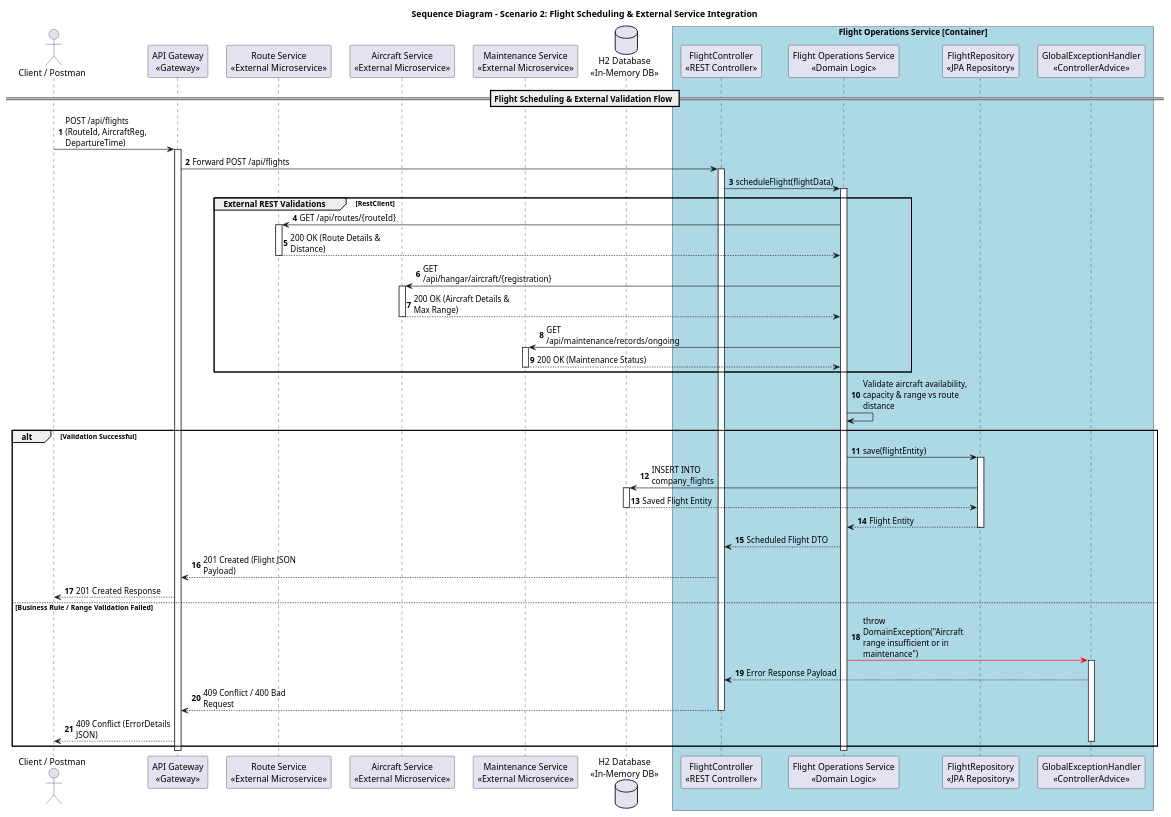
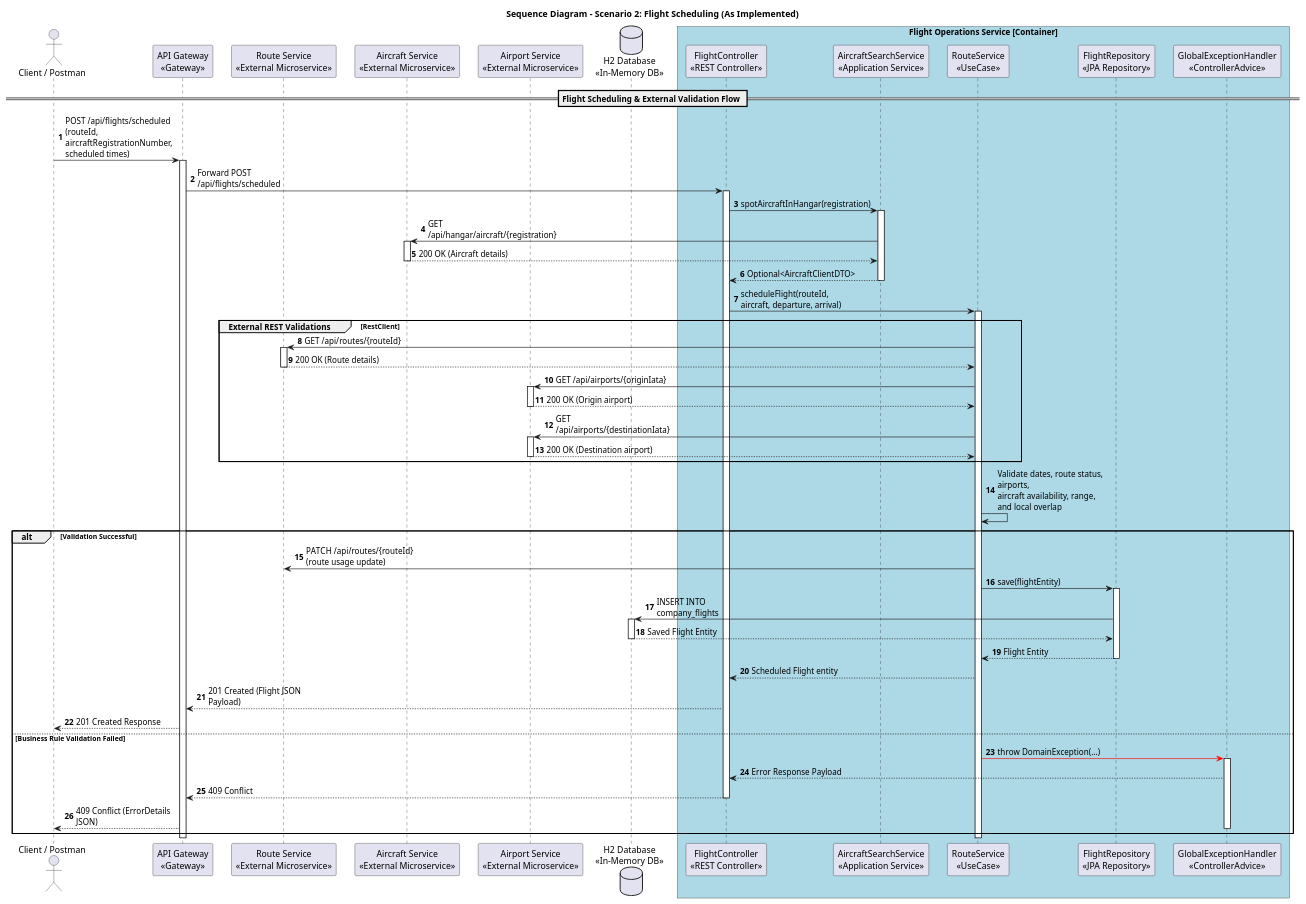
Before and after one commit to 8126Lucas/SIDIS_G6_3DA: the diagram in flight-service/docs/sequence-diagrams/scenario-2-schedule-flight.puml, drawn with PlantUML. The commit also changed 8 other files, not shown here.

Commit message:
documentation for flight-service completed (this format will be standard for other services)

```diff
--- a/flight-service/docs/sequence-diagrams/scenario-2-schedule-flight.puml
+++ b/flight-service/docs/sequence-diagrams/scenario-2-schedule-flight.puml
@@ -1,87 +1,102 @@
 @startuml
 skinparam responseMessageBelowArrow true
 skinparam maxMessageSize 180
 skinparam boxPadding 10
 skinparam participantPadding 10
 skinparam shadowing false
 
-title Sequence Diagram - Scenario 2: Flight Scheduling & External Service Integration
+title Sequence Diagram - Scenario 2: Flight Scheduling (As Implemented)
 
 autonumber
 
 actor "Client / Postman" as client
 participant "API Gateway\n<<Gateway>>" as gateway
 participant "FlightController\n<<REST Controller>>" as controller
-participant "Flight Operations Service\n<<Domain Logic>>" as service
-participant "Route Service\n<<External Microservice>>" as route_svc
+participant "AircraftSearchService\n<<Application Service>>" as aircraft_search
+participant "RouteService\n<<UseCase>>" as route_svc
+participant "Route Service\n<<External Microservice>>" as route_api
 participant "Aircraft Service\n<<External Microservice>>" as aircraft_svc
-participant "Maintenance Service\n<<External Microservice>>" as maint_svc
+participant "Airport Service\n<<External Microservice>>" as airport_svc
 participant "FlightRepository\n<<JPA Repository>>" as repo
 database "H2 Database\n<<In-Memory DB>>" as db
 participant "GlobalExceptionHandler\n<<ControllerAdvice>>" as exception_handler
 
 box "Flight Operations Service [Container]" #LightBlue
     participant controller
-    participant service
+    participant aircraft_search
+    participant route_svc
     participant repo
     participant exception_handler
 end box
 
 == Flight Scheduling & External Validation Flow ==
 
-client -> gateway : POST /api/flights\n(RouteId, AircraftReg, DepartureTime)
+client -> gateway : POST /api/flights/scheduled\n(routeId, aircraftRegistrationNumber, scheduled times)
 activate gateway
 
-gateway -> controller : Forward POST /api/flights
+gateway -> controller : Forward POST /api/flights/scheduled
 activate controller
 
-controller -> service : scheduleFlight(flightData)
-activate service
+controller -> aircraft_search : spotAircraftInHangar(registration)
+activate aircraft_search
+
+aircraft_search -> aircraft_svc : GET /api/hangar/aircraft/{registration}
+activate aircraft_svc
+aircraft_svc --> aircraft_search : 200 OK (Aircraft details)
+deactivate aircraft_svc
+
+aircraft_search --> controller : Optional<AircraftClientDTO>
+deactivate aircraft_search
+
+controller -> route_svc : scheduleFlight(routeId, aircraft, departure, arrival)
+activate route_svc
 
 ' External REST Validations
 group External REST Validations [RestClient]
-    service -> route_svc : GET /api/routes/{routeId}
-    activate route_svc
-    route_svc --> service : 200 OK (Route Details & Distance)
-    deactivate route_svc
+    route_svc -> route_api : GET /api/routes/{routeId}
+    activate route_api
+    route_api --> route_svc : 200 OK (Route details)
+    deactivate route_api
 
-    service -> aircraft_svc : GET /api/hangar/aircraft/{registration}
-    activate aircraft_svc
-    aircraft_svc --> service : 200 OK (Aircraft Details & Max Range)
-    deactivate aircraft_svc
+    route_svc -> airport_svc : GET /api/airports/{originIata}
+    activate airport_svc
+    airport_svc --> route_svc : 200 OK (Origin airport)
+    deactivate airport_svc
 
-    service -> maint_svc : GET /api/maintenance/records/ongoing
-    activate maint_svc
-    maint_svc --> service : 200 OK (Maintenance Status)
-    deactivate maint_svc
+    route_svc -> airport_svc : GET /api/airports/{destinationIata}
+    activate airport_svc
+    airport_svc --> route_svc : 200 OK (Destination airport)
+    deactivate airport_svc
 end
 
 ' Domain Rules & Persistence
-service -> service : Validate aircraft availability,\ncapacity & range vs route distance
+route_svc -> route_svc : Validate dates, route status, airports,\naircraft availability, range, and local overlap
 
 alt Validation Successful
-    service -> repo : save(flightEntity)
+    route_svc -> route_api : PATCH /api/routes/{routeId} (route usage update)
+
+    route_svc -> repo : save(flightEntity)
     activate repo
     repo -> db : INSERT INTO company_flights
     activate db
     db --> repo : Saved Flight Entity
     deactivate db
-    repo --> service : Flight Entity
+    repo --> route_svc : Flight Entity
     deactivate repo
 
-    service --> controller : Scheduled Flight DTO
+    route_svc --> controller : Scheduled Flight entity
     controller --> gateway : 201 Created (Flight JSON Payload)
     gateway --> client : 201 Created Response
-else Business Rule / Range Validation Failed
-    service -[#red]> exception_handler : throw DomainException("Aircraft range insufficient or in maintenance")
+else Business Rule Validation Failed
+    route_svc -[#red]> exception_handler : throw DomainException(...)
     activate exception_handler
     exception_handler --> controller : Error Response Payload
-    controller --> gateway : 409 Conflict / 400 Bad Request
+    controller --> gateway : 409 Conflict
     deactivate controller
     gateway --> client : 409 Conflict (ErrorDetails JSON)
     deactivate exception_handler
 end
-deactivate service
+deactivate route_svc
 deactivate gateway
 
 @enduml
```
